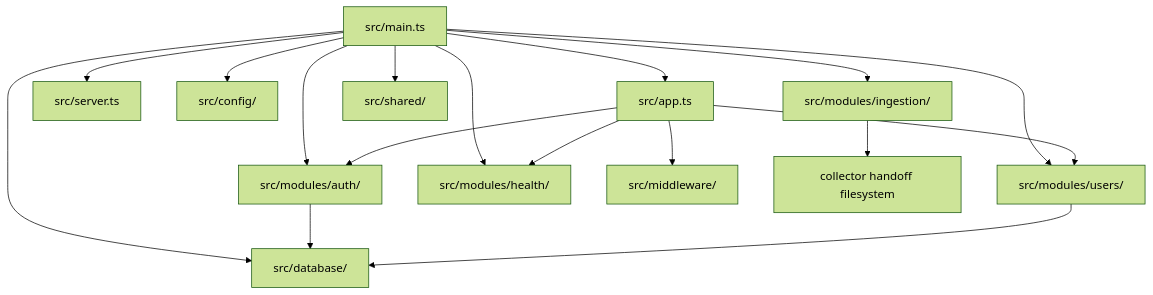
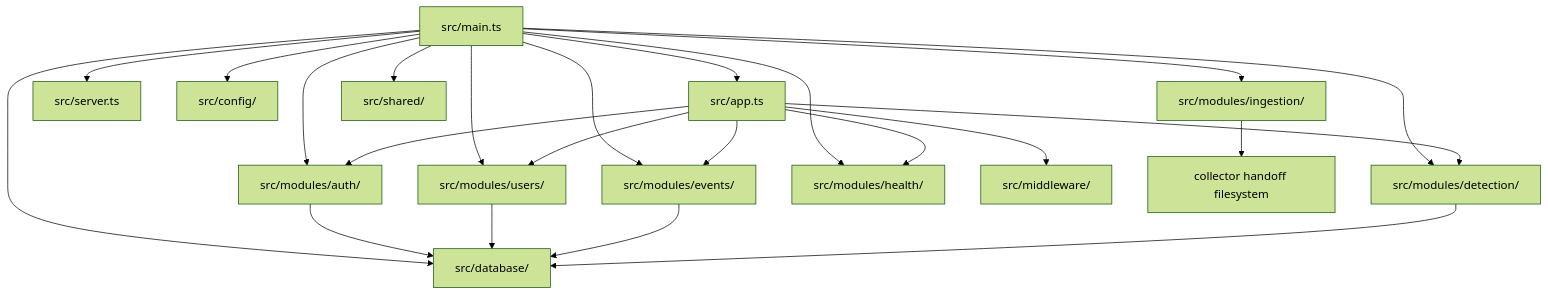
The first of 4 diagrams in backend/ARCHITECTURE.md (abhaykapale/Trivikrama), drawn with Mermaid (forest theme) before and after one commit. The commit also changed other lines of this file and 180 other files, not shown here.

````diff
--- a/backend/ARCHITECTURE.md
+++ b/backend/ARCHITECTURE.md
@@ -15,33 +16,41 @@
 ```mermaid
 flowchart TD
     MAIN["src/main.ts"]
     APP["src/app.ts"]
     SERVER["src/server.ts"]
     CONFIG["src/config/"]
     DB["src/database/"]
     AUTH["src/modules/auth/"]
     USERS["src/modules/users/"]
     INGEST["src/modules/ingestion/"]
+    EVENTS["src/modules/events/"]
+    DETECTION["src/modules/detection/"]
     HEALTH["src/modules/health/"]
     MW["src/middleware/"]
     SHARED["src/shared/"]
 
     MAIN --> CONFIG
     MAIN --> DB
     MAIN --> AUTH
     MAIN --> USERS
     MAIN --> INGEST
+    MAIN --> EVENTS
+    MAIN --> DETECTION
     MAIN --> HEALTH
     MAIN --> APP
     MAIN --> SERVER
     MAIN --> SHARED
 
     APP --> MW
     APP --> AUTH
     APP --> USERS
     APP --> HEALTH
+    APP --> EVENTS
+    APP --> DETECTION
 
     AUTH --> DB
     USERS --> DB
     INGEST --> FS["collector handoff filesystem"]
+    EVENTS --> DB
+    DETECTION --> DB
 ```
````
